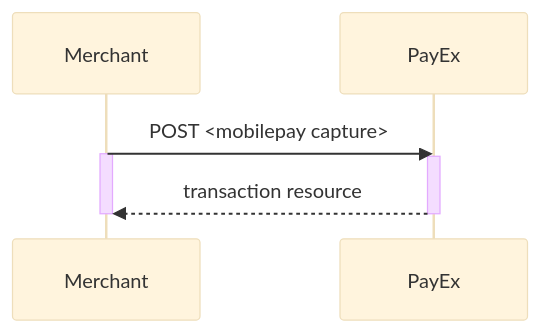
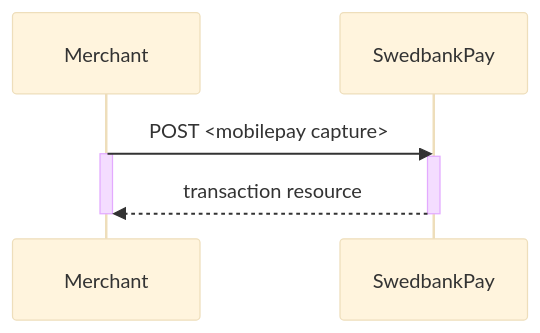
One commit to SwedbankPay/developer.swedbankpay.com changed the first of 3 diagrams in payments/mobile-pay/after-payment.md. Above: the diagram before and after it, drawn with Mermaid (base theme). The commit also changed other lines of this file, not shown here.

Commit message:
DX-502 Fixes to several tables in mobile pay after payment page

````diff
--- a/payments/mobile-pay/after-payment.md
+++ b/payments/mobile-pay/after-payment.md
@@ -175,9 +180,9 @@
 ```mermaid
 sequenceDiagram
-  Merchant->>PayEx: POST <mobilepay capture>
+  Merchant->>SwedbankPay: POST <mobilepay capture>
   Activate Merchant
-  Activate PayEx
-  PayEx-->>Merchant: transaction resource
-  Deactivate PayEx
+  Activate SwedbankPay
+  SwedbankPay-->>Merchant: transaction resource
+  Deactivate SwedbankPay
   Deactivate Merchant
 ```
````
